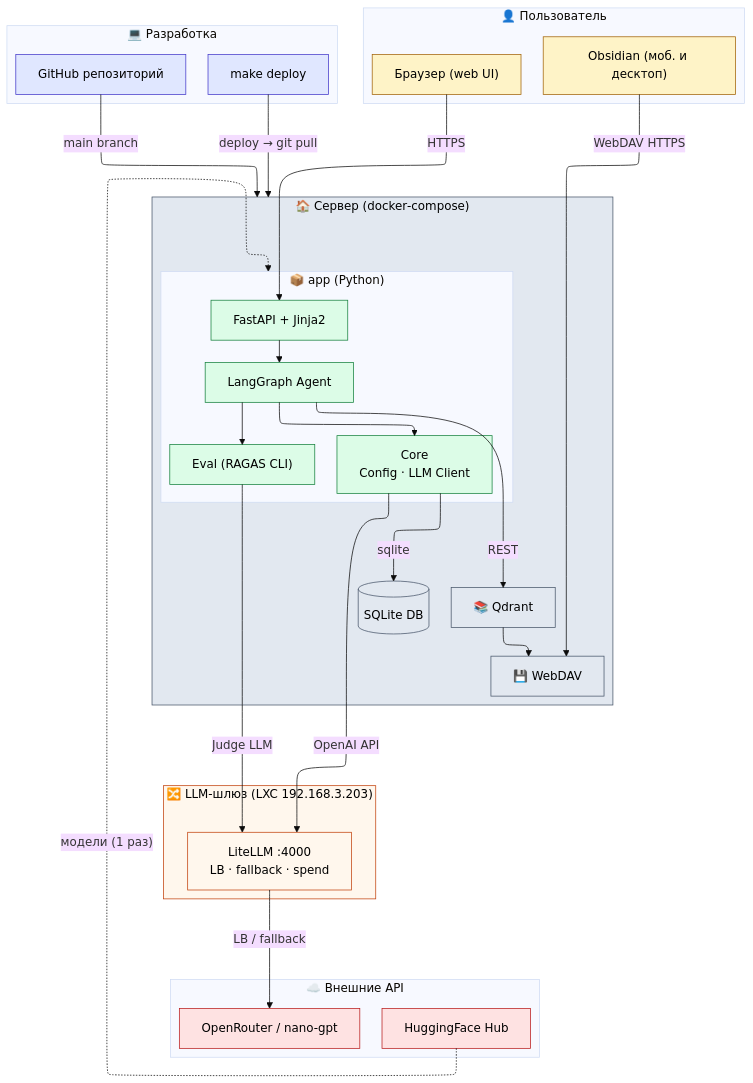
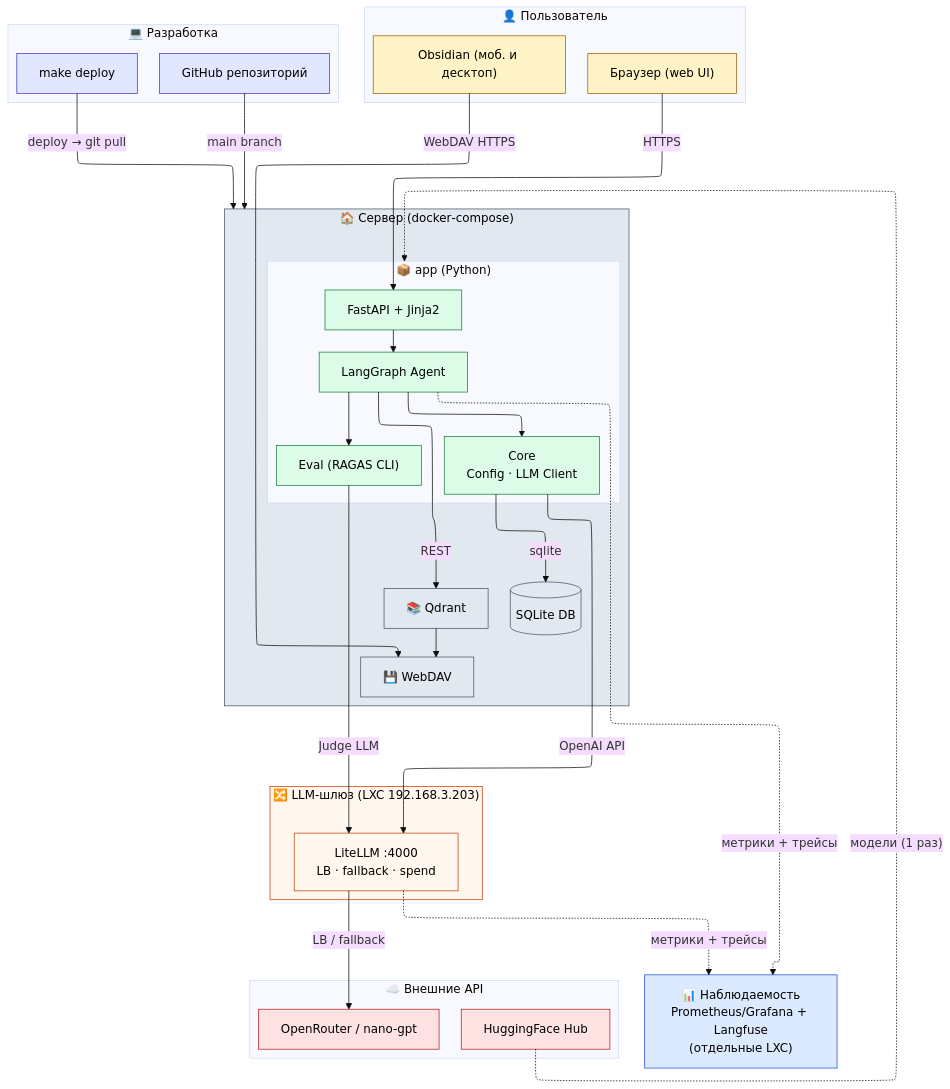
The diagram in docs/knowledge base/adr/architecture-overview-simpl.md (tumasv1/RAGv2-Agentic-RAG), drawn with Mermaid (base theme) before and after one commit. The commit also changed 5 other files, not shown here.

````diff
--- a/docs/knowledge base/adr/architecture-overview-simpl.md
+++ b/docs/knowledge base/adr/architecture-overview-simpl.md
@@ -5,65 +5,71 @@
 ```mermaid
 %%{init: {"layout": "elk"}}%%
 flowchart TB
     subgraph User["👤 Пользователь"]
         Browser["Браузер (web UI)"]
         Obsidian["Obsidian (моб. и десктоп)"]
     end
 
     subgraph Dev["💻 Разработка"]
         Repo["GitHub репозиторий"]
         Make["make deploy"]
     end
 
     subgraph Server["🏠 Сервер (docker‑compose)"]
         subgraph App["📦 app (Python)"]
             Web["FastAPI + Jinja2"]
             Agent["LangGraph Agent"]
             Core["Core<br/>Config · LLM Client"]
             Eval["Eval (RAGAS CLI)"]
         end
 
         Qdrant["📚 Qdrant"]
         WebDAV["💾 WebDAV"]
         SQLite[("SQLite DB")]
     end
 
     subgraph Gateway["🔀 LLM-шлюз (LXC 192.168.3.203)"]
         LiteLLM["LiteLLM :4000<br/>LB · fallback · spend"]
     end
 
     subgraph Ext["☁️ Внешние API"]
         Providers["OpenRouter / nano-gpt"]
         HF["HuggingFace Hub"]
     end
 
+    Observability["📊 Наблюдаемость<br/>Prometheus/Grafana + Langfuse<br/>(отдельные LXC)"]
+
     Browser -->|"HTTPS"| Web
     Obsidian -->|"WebDAV HTTPS"| WebDAV
     Web --> Agent
     Agent --> Core
     Core -->|"OpenAI API"| LiteLLM
     LiteLLM -->|"LB / fallback"| Providers
     Agent --> Eval
     Eval -->|"Judge LLM"| LiteLLM
     Agent -->|"REST"| Qdrant
     Core -->|"sqlite"| SQLite
     Qdrant --> WebDAV
     Make -->|"deploy → git pull"| Server
     Repo -->|"main branch"| Server
     HF -.->|"модели (1 раз)"| App
+    Agent -.->|"метрики + трейсы"| Observability
+    LiteLLM -.->|"метрики + трейсы"| Observability
 
     %% Цвета
     classDef user fill:#fef3c7,stroke:#a16207,color:#000
     classDef dev fill:#e0e7ff,stroke:#4338ca,color:#000
     classDef runtime fill:#dcfce7,stroke:#15803d,color:#000
     classDef infra fill:#e2e8f0,stroke:#475569,color:#000
     classDef external fill:#fee2e2,stroke:#b91c1c,color:#000
     classDef gateway fill:#fff7ed,stroke:#c2410c,color:#000
+    classDef monitoring fill:#dbeafe,stroke:#1d4ed8,color:#000
 
     class Browser,Obsidian user
     class Repo,Make dev
     class Web,Agent,Core,Eval runtime
     class Qdrant,WebDAV,SQLite,Server infra
     class Providers,HF external
     class LiteLLM,Gateway gateway
+    class Observability monitoring
 ```
````
